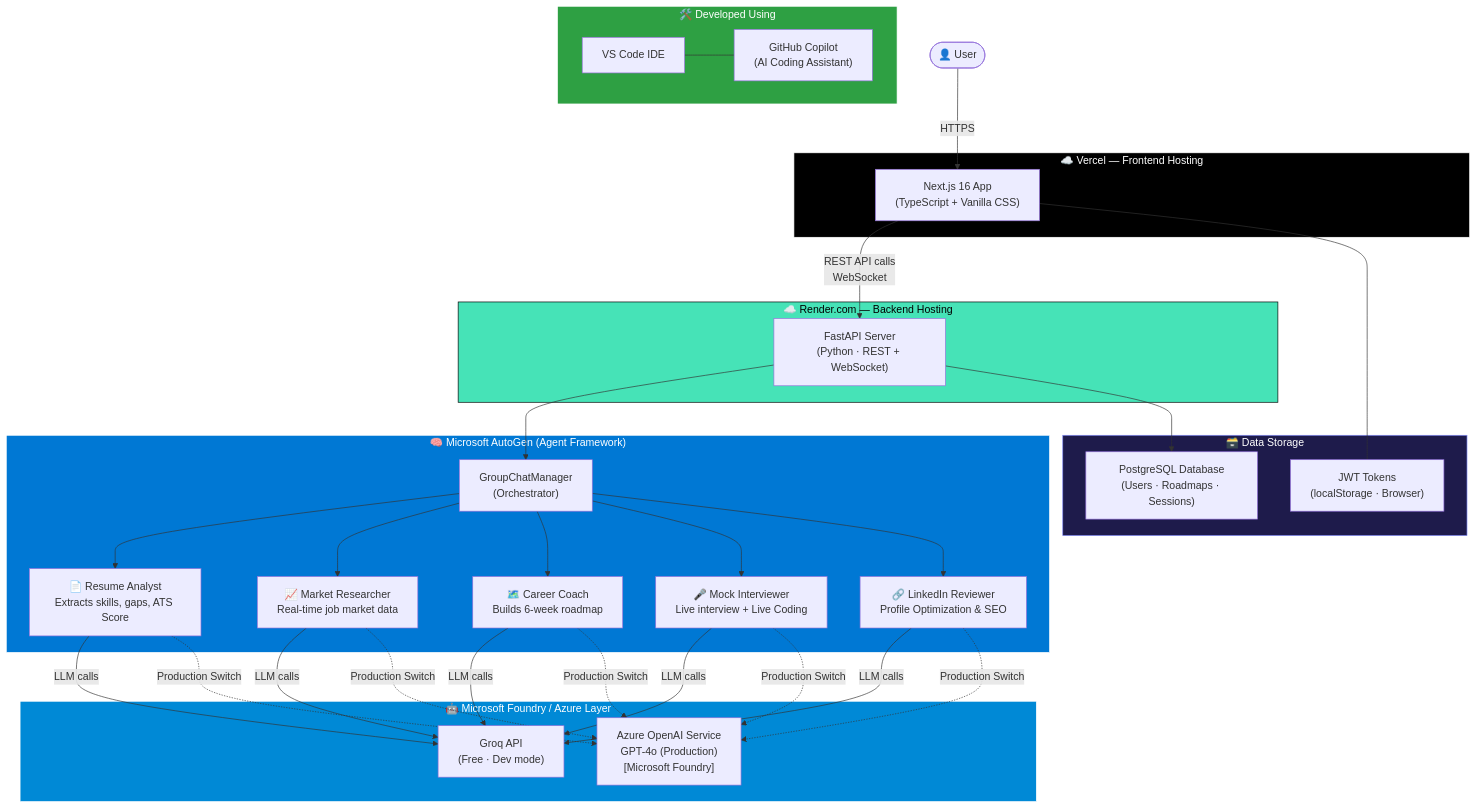
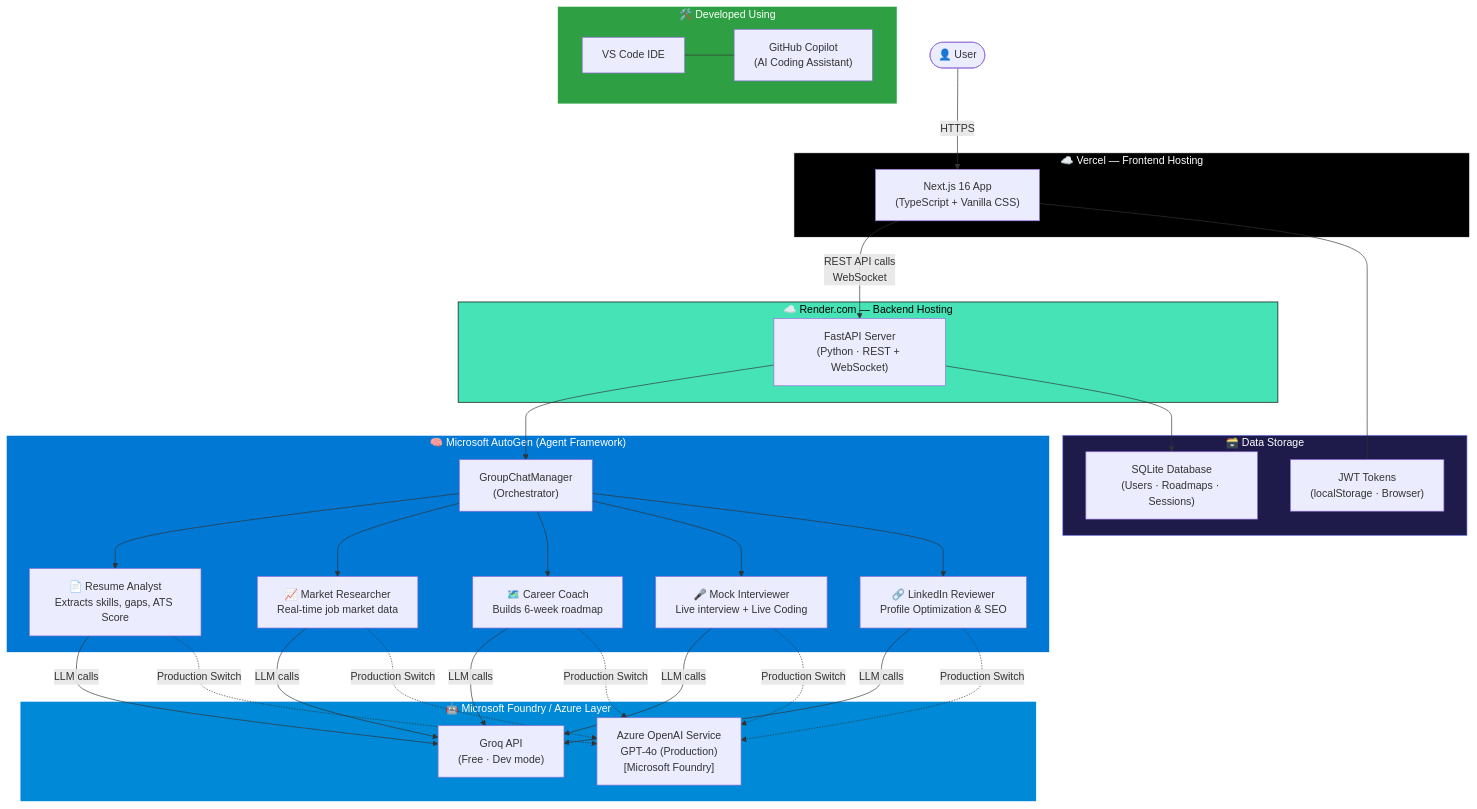
One commit to Anil-Pradhan-web/ai-career-mentor changed the first of 2 diagrams in README.md. Above: the diagram before and after it, drawn with Mermaid. The commit also changed other lines of this file and 4 other files, not shown here.

Commit message:
chore: updated UI classes to inline styles fixed README architecture added project walkthrough

````diff
--- a/README.md
+++ b/README.md
@@ -65,51 +65,51 @@
 ```mermaid
 flowchart TD
     User(["👤 User"])
 
     subgraph DevTools ["🛠️ Developed Using"]
         VSCODE["VS Code IDE"] --- COPILOT["GitHub Copilot\n(AI Coding Assistant)"]
     end
 
     subgraph Vercel ["☁️ Vercel — Frontend Hosting"]
         FE["Next.js 16 App\n(TypeScript + Vanilla CSS)"]
     end
 
     subgraph Render ["☁️ Render.com — Backend Hosting"]
         API["FastAPI Server\n(Python · REST + WebSocket)"]
     end
 
     subgraph Agents ["🧠 Microsoft AutoGen (Agent Framework)"]
         ORCH["GroupChatManager\n(Orchestrator)"]
         A1["📄 Resume Analyst\nExtracts skills, gaps, ATS Score"]
         A2["📈 Market Researcher\nReal-time job market data"]
         A3["🗺️ Career Coach\nBuilds 6-week roadmap"]
         A4["🎤 Mock Interviewer\nLive interview + Live Coding"]
         A5["🔗 LinkedIn Reviewer\nProfile Optimization & SEO"]
     end
 
     subgraph LLM ["🤖 Microsoft Foundry / Azure Layer"]
         GROQ["Groq API\n(Free · Dev mode)"]
         AZURE["Azure OpenAI Service\nGPT-4o (Production)\n[Microsoft Foundry]"]
     end
 
     subgraph DB ["🗃️ Data Storage"]
-        SQLITE["PostgreSQL Database\n(Users · Roadmaps · Sessions)"]
+        SQLITE["SQLite Database\n(Users · Roadmaps · Sessions)"]
         JWT["JWT Tokens\n(localStorage · Browser)"]
     end
 
     User -->|"HTTPS"| FE
     FE -->|"REST API calls\nWebSocket"| API
     API --> ORCH
     ORCH --> A1 & A2 & A3 & A4 & A5
     A1 & A2 & A3 & A4 & A5 -->|"LLM calls"| GROQ
     A1 & A2 & A3 & A4 & A5 -.->|"Production Switch"| AZURE
     API --> SQLITE
     FE --- JWT
 
     style Vercel fill:#000,stroke:#fff,color:#fff
     style Render fill:#46E3B7,stroke:#000,color:#000
     style Agents fill:#0078D4,stroke:#fff,color:#fff
     style LLM fill:#0089D6,stroke:#fff,color:#fff
     style DB fill:#1e1b4b,stroke:#818cf8,color:#fff
     style DevTools fill:#2ea043,stroke:#fff,color:#fff
 ```
````
